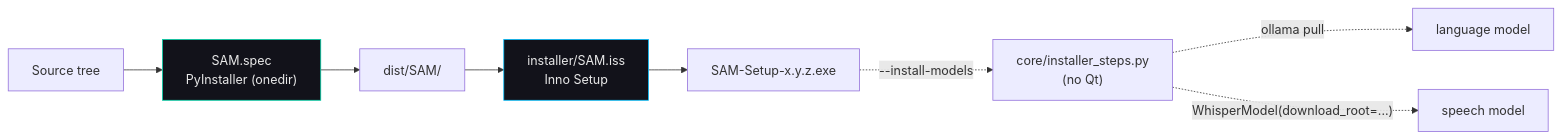
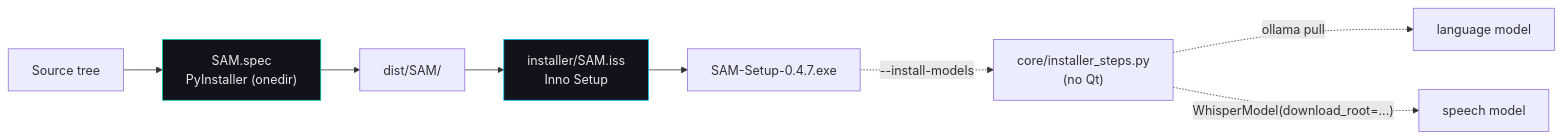
One commit to sametgurtuna/SAM changed the tenth of 10 diagrams in docs/ARCHITECTURE.md. Above: the diagram before and after it, drawn with Mermaid. The commit also changed other lines of this file and 21 other files, not shown here.

````diff
--- a/docs/ARCHITECTURE.md
+++ b/docs/ARCHITECTURE.md
@@ -347,14 +282,14 @@
 ```mermaid
 flowchart LR
     SRC["Source tree"] --> SPEC["SAM.spec\nPyInstaller (onedir)"]
     SPEC --> DIST["dist/SAM/"]
     DIST --> ISS["installer/SAM.iss\nInno Setup"]
-    ISS --> EXE["SAM-Setup-x.y.z.exe"]
+    ISS --> EXE["SAM-Setup-0.4.7.exe"]
 
     EXE -. "--install-models" .-> STEPS["core/installer_steps.py\n(no Qt)"]
     STEPS -. "ollama pull" .-> M1["language model"]
     STEPS -. "WhisperModel(download_root=...)" .-> M2["speech model"]
 
     style SPEC fill:#12121a,stroke:#00D4AA,color:#e8e8e8
     style ISS fill:#12121a,stroke:#00BFFF,color:#e8e8e8
 ```
````
